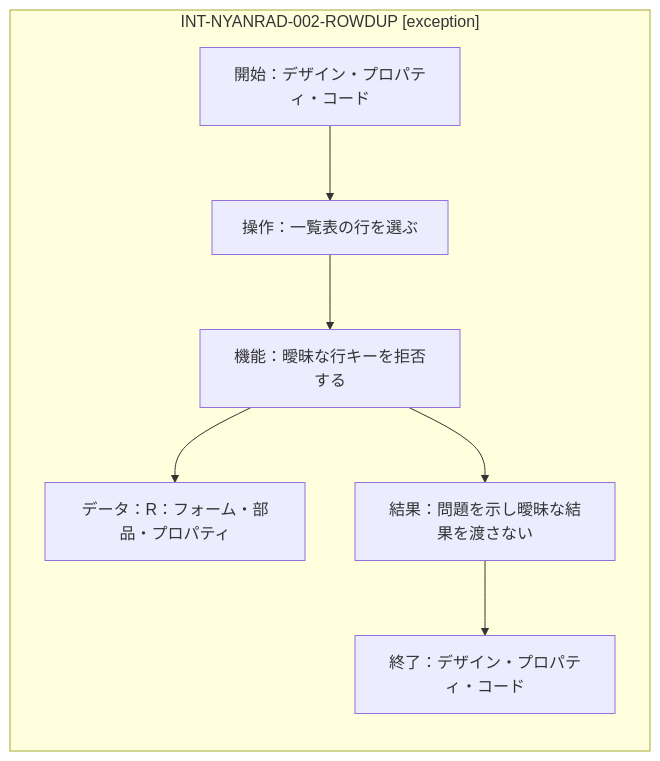
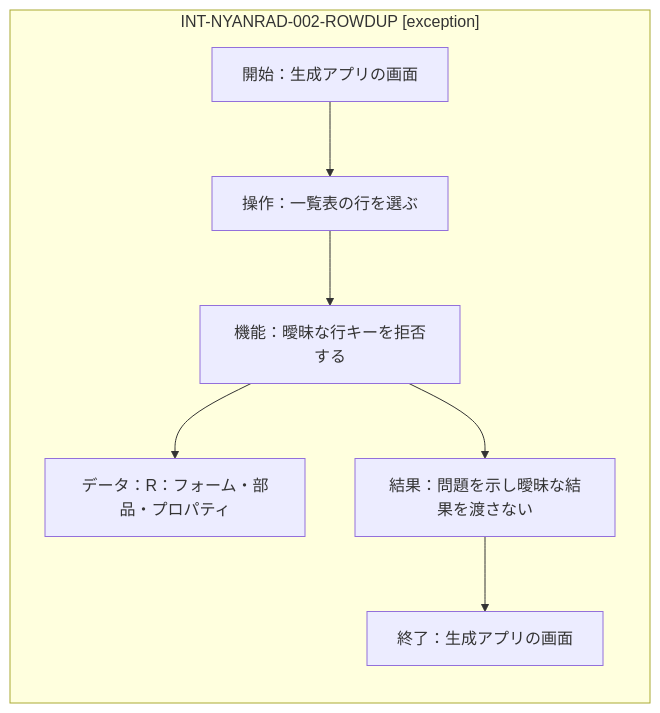
One commit to kosaru/NyanRAD changed the diagram in planning/ifdam/IFDAM-NYANRAD-002/diagrams/11.mmd. Above: the diagram before and after it, drawn with Mermaid. The commit also changed 20 other files, not shown here.

Commit message:
Fix runtime table diagrams and present event handler options

```diff
--- a/planning/ifdam/IFDAM-NYANRAD-002/diagrams/11.mmd
+++ b/planning/ifdam/IFDAM-NYANRAD-002/diagrams/11.mmd
@@ -1,6 +1,6 @@
 flowchart LR
   subgraph I["INT-NYANRAD-002-ROWDUP [exception]"]
-    U["開始：デザイン・プロパティ・コード"] --> E["操作：一覧表の行を選ぶ"] --> F["機能：曖昧な行キーを拒否する"]
+    U["開始：生成アプリの画面"] --> E["操作：一覧表の行を選ぶ"] --> F["機能：曖昧な行キーを拒否する"]
     F --> D["データ：R：フォーム・部品・プロパティ"]
-    F --> R["結果：問題を示し曖昧な結果を渡さない"] --> T["終了：デザイン・プロパティ・コード"]
+    F --> R["結果：問題を示し曖昧な結果を渡さない"] --> T["終了：生成アプリの画面"]
   end
```
